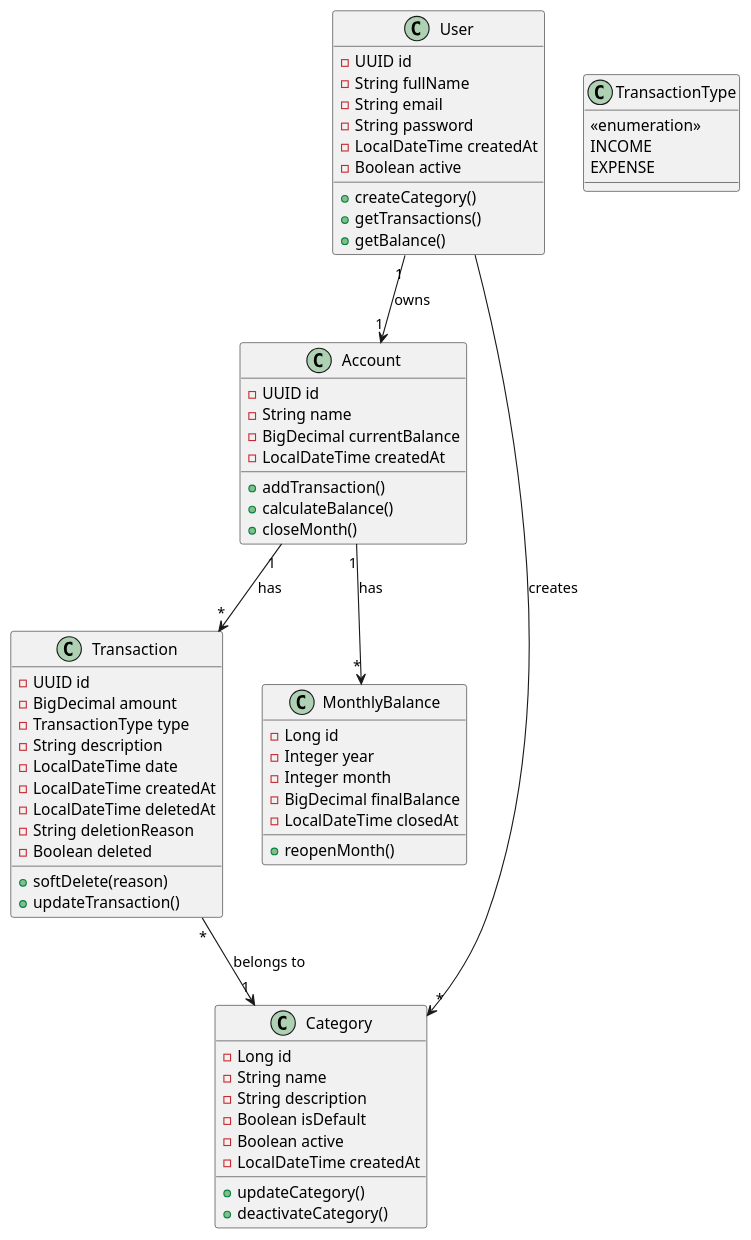
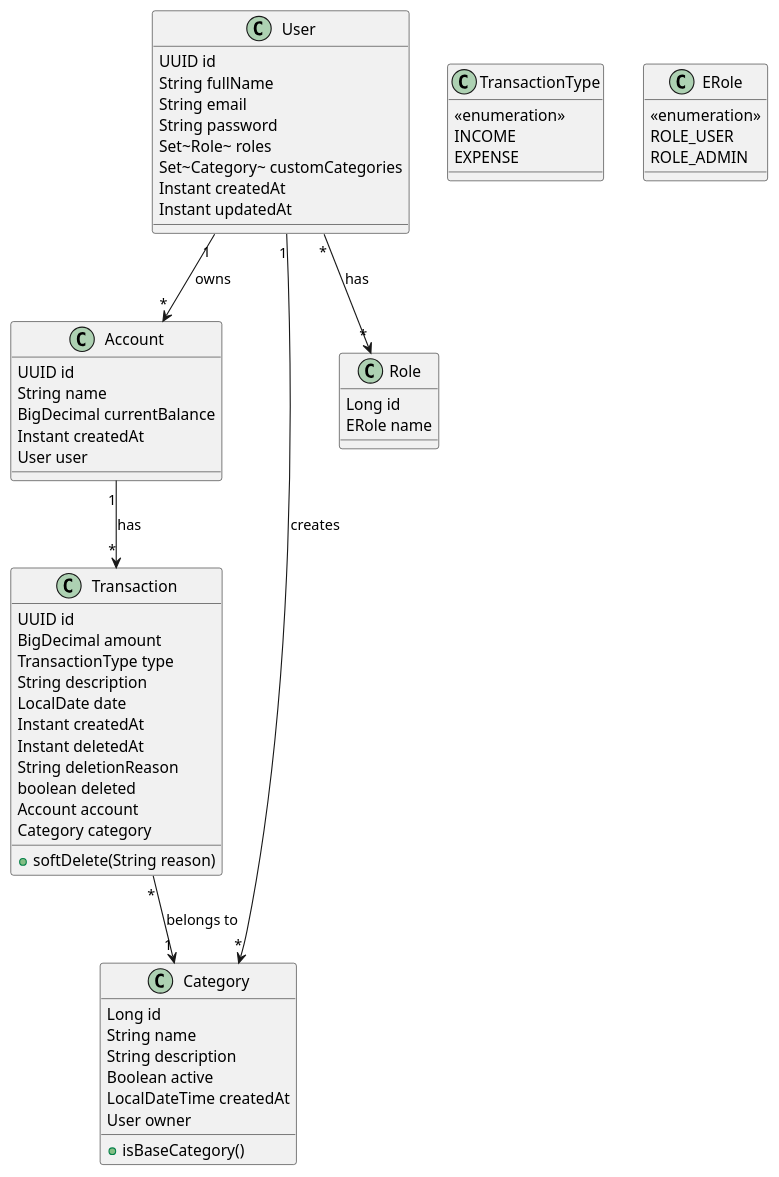
The diagram in diagrams/MinervaMoney.puml (dluks82/coders24-minerva-money), drawn with PlantUML before and after one commit. The commit also changed 1 other file, not shown here.

```diff
--- a/diagrams/MinervaMoney.puml
+++ b/diagrams/MinervaMoney.puml
@@ -1,71 +1,70 @@
 @startuml MinervaMoney
 
-    User "1" --> "1" Account : owns
+    User "1" --> "*" Account : owns
     Account "1" --> "*" Transaction : has
     Transaction "*" --> "1" Category : belongs to
-    Account "1" --> "*" MonthlyBalance : has
-    User --> "*" Category : creates
+    User "1" --> "*" Category : creates
+    User "*" --> "*" Role : has
 
     class User {
-        -UUID id
-        -String fullName
-        -String email
-        -String password
-        -LocalDateTime createdAt
-        -Boolean active
-        +createCategory()
-        +getTransactions()
-        +getBalance()
+        UUID id
+        String fullName
+        String email
+        String password
+        Set~Role~ roles
+        Set~Category~ customCategories
+        Instant createdAt
+        Instant updatedAt
     }
 
     class Account {
-        -UUID id
-        -String name
-        -BigDecimal currentBalance
-        -LocalDateTime createdAt
-        +addTransaction()
-        +calculateBalance()
-        +closeMonth()
+        UUID id
+        String name
+        BigDecimal currentBalance
+        Instant createdAt
+        User user
     }
 
     class Transaction {
-        -UUID id
-        -BigDecimal amount
-        -TransactionType type
-        -String description
-        -LocalDateTime date
-        -LocalDateTime createdAt
-        -LocalDateTime deletedAt
-        -String deletionReason
-        -Boolean deleted
-        +softDelete(reason)
-        +updateTransaction()
+        UUID id
+        BigDecimal amount
+        TransactionType type
+        String description
+        LocalDate date
+        Instant createdAt
+        Instant deletedAt
+        String deletionReason
+        boolean deleted
+        Account account
+        Category category
+        +softDelete(String reason)
     }
 
     class Category {
-        -Long id
-        -String name
-        -String description
-        -Boolean isDefault
-        -Boolean active
-        -LocalDateTime createdAt
-        +updateCategory()
-        +deactivateCategory()
+        Long id
+        String name
+        String description
+        Boolean active
+        LocalDateTime createdAt
+        User owner
+        +isBaseCategory()
     }
 
-    class MonthlyBalance {
-        -Long id
-        -Integer year
-        -Integer month
-        -BigDecimal finalBalance
-        -LocalDateTime closedAt
-        +reopenMonth()
+    class Role {
+        Long id
+        ERole name
     }
 
     class TransactionType {
         <<enumeration>>
         INCOME
         EXPENSE
     }
 
-@enduml
+    class ERole {
+        <<enumeration>>
+        ROLE_USER
+        ROLE_ADMIN
+    }
+
+    @enduml
```
